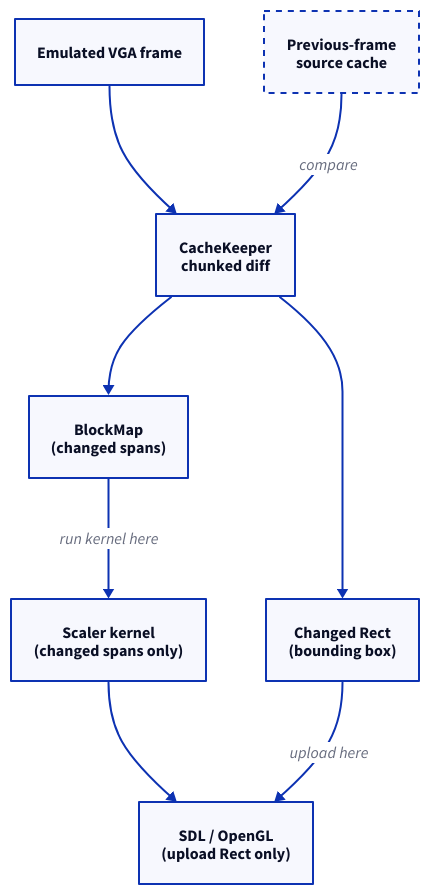
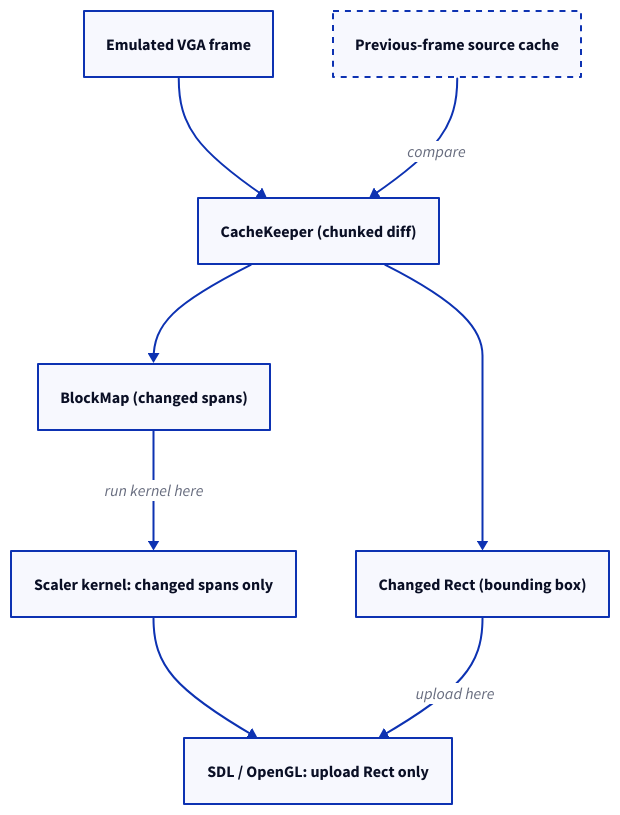
The second of 2 diagrams in src/content/docs/blog/redraw-only-what-changed.md (Kronuz/Kronuz.github.io), drawn with D2 before and after one commit.

Commit message:
blog: balance DOSBox new-path diagram (single-line labels, 0.55->0.86 ratio)

````diff
--- a/src/content/docs/blog/redraw-only-what-changed.md
+++ b/src/content/docs/blog/redraw-only-what-changed.md
@@ -49,17 +49,17 @@
 ```d2 alt="The patched render path: a previous-frame cache feeds a chunked diff that produces a BlockMap of changed spans and a changed Rect; the scaler runs only on changed spans, and only the Rect is uploaded"
 direction: down
 emu: "Emulated VGA frame"
-cache: "Previous-frame\nsource cache" { style.stroke-dash: 3 }
-keeper: "CacheKeeper\nchunked diff" { style.bold: true }
-bm: "BlockMap\n(changed spans)"
-rect: "Changed Rect\n(bounding box)"
-scaler: "Scaler kernel\n(changed spans only)" { style.bold: true }
-out: "SDL / OpenGL\n(upload Rect only)"
+cache: "Previous-frame source cache" { style.stroke-dash: 3 }
+keeper: "CacheKeeper (chunked diff)" { style.bold: true }
+bm: "BlockMap (changed spans)"
+rect: "Changed Rect (bounding box)"
+scaler: "Scaler kernel: changed spans only" { style.bold: true }
+out: "SDL / OpenGL: upload Rect only"
 emu -> keeper
 cache -> keeper: "compare"
 keeper -> bm
 keeper -> rect
 bm -> scaler: "run kernel here"
 scaler -> out
 rect -> out: "upload here"
 ```
````
